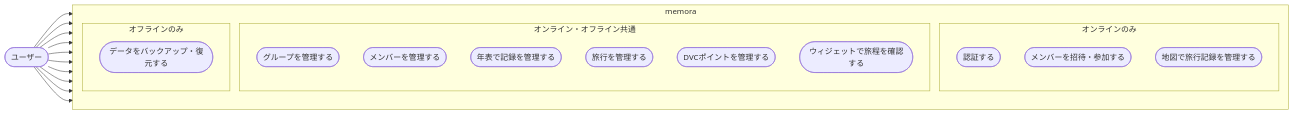
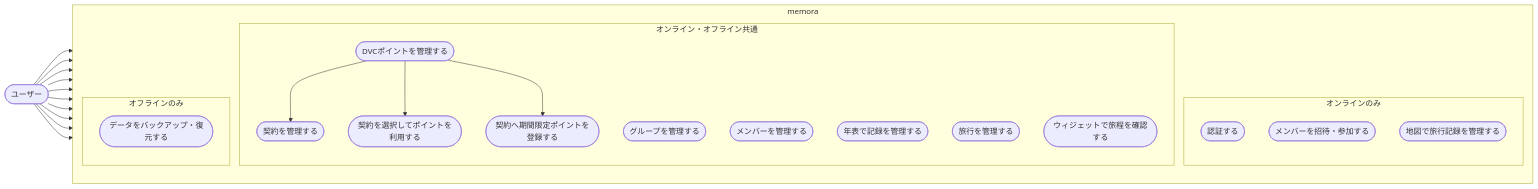
The diagram in docs/usecase_diagram.md (taka-016/memora), drawn with Mermaid before and after one commit. The commit also changed 13 other files, not shown here.

````diff
--- a/docs/usecase_diagram.md
+++ b/docs/usecase_diagram.md
@@ -5,38 +5,44 @@
 ```mermaid
 graph LR
     User([ユーザー])
 
     subgraph memora
         direction TB
 
         subgraph Online[オンラインのみ]
             Auth([認証する])
             Invite([メンバーを招待・参加する])
             Map([地図で旅行記録を管理する])
         end
 
         subgraph Common[オンライン・オフライン共通]
             Group([グループを管理する])
             Member([メンバーを管理する])
             Timeline([年表で記録を管理する])
             Trip([旅行を管理する])
             Dvc([DVCポイントを管理する])
+            DvcContract([契約を管理する])
+            DvcUsage([契約を選択してポイントを利用する])
+            DvcLimited([契約へ期間限定ポイントを登録する])
             Widget([ウィジェットで旅程を確認する])
         end
 
         subgraph Offline[オフラインのみ]
             Backup([データをバックアップ・復元する])
         end
     end
 
     User --> Auth
     User --> Invite
     User --> Map
     User --> Group
     User --> Member
     User --> Timeline
     User --> Trip
     User --> Dvc
+    Dvc --> DvcContract
+    Dvc --> DvcUsage
+    Dvc --> DvcLimited
     User --> Widget
     User --> Backup
 ```
````
